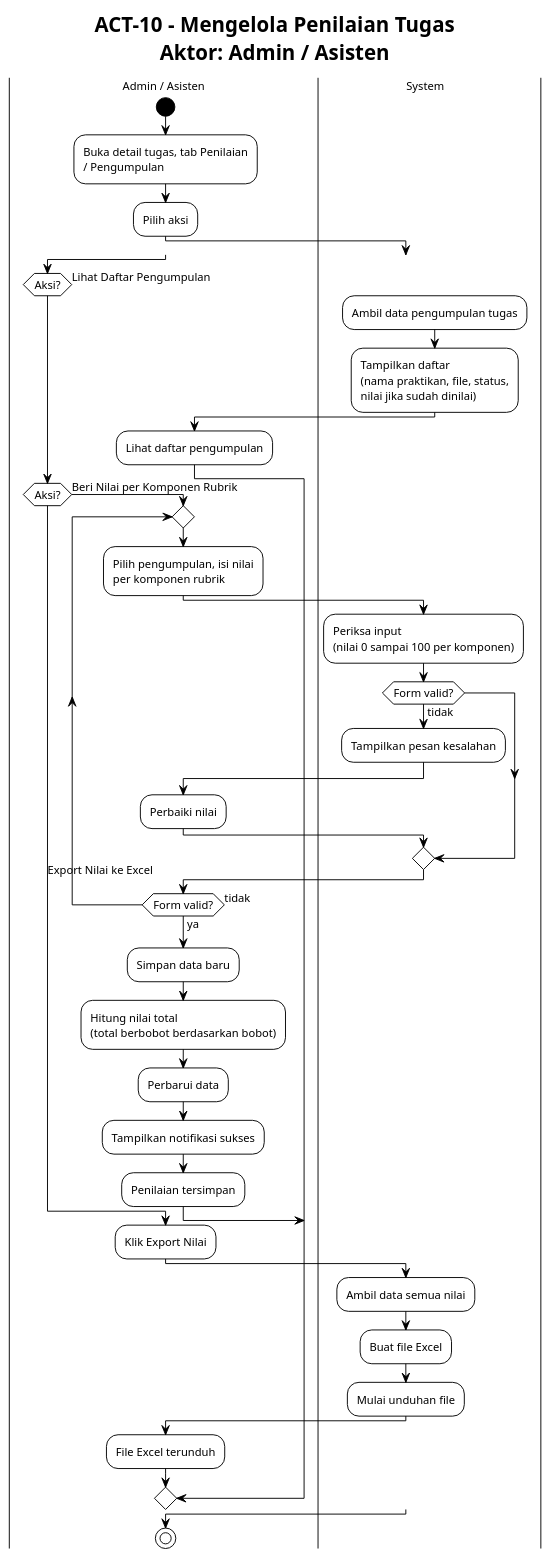
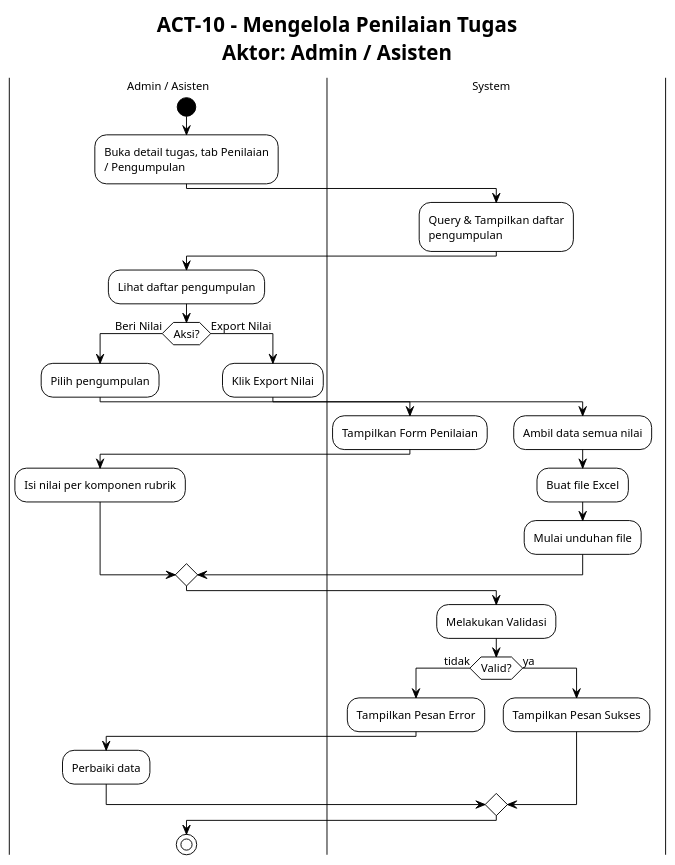
The diagram in docs/praktikum/activity/ACT_10_MENGELOLA_PENILAIAN.puml (Habiboys/SILAB-DSI), drawn with PlantUML before and after one commit. The commit also changed 170 other files, not shown here.

```diff
--- a/docs/praktikum/activity/ACT_10_MENGELOLA_PENILAIAN.puml
+++ b/docs/praktikum/activity/ACT_10_MENGELOLA_PENILAIAN.puml
@@ -1,59 +1,52 @@
 @startuml ACT_10_MENGELOLA_PENILAIAN
 !theme plain
 !pragma useVerticalIf on
 scale max 1600 width
 skinparam wrapWidth 200
 skinparam defaultFontSize 12
-skinparam swimlaneWidth 220
+skinparam swimlaneWidth 260
 skinparam ActivityStartColor black
 skinparam ActivityEndColor black
 title ACT-10 - Mengelola Penilaian Tugas\nAktor: Admin / Asisten
 
 |Admin / Asisten|
 |System|
 
 |Admin / Asisten|
 start
 :Buka detail tugas, tab Penilaian\n/ Pengumpulan;
-:Pilih aksi;
+|System|
+:Query & Tampilkan daftar pengumpulan;
+|Admin / Asisten|
+:Lihat daftar pengumpulan;
 
-if (Aksi?) then (Lihat Daftar Pengumpulan)
+if (Aksi?) then (Beri Nilai)
+  :Pilih pengumpulan;
   |System|
-  :Ambil data pengumpulan tugas;
-  :Tampilkan daftar\n(nama praktikan, file, status,\nnilai jika sudah dinilai);
+  :Tampilkan Form Penilaian;
   |Admin / Asisten|
-  :Lihat daftar pengumpulan;
+  :Isi nilai per komponen rubrik;
 
-elseif (Aksi?) then (Beri Nilai per Komponen Rubrik)
-  |Admin / Asisten|
-  repeat
-    :Pilih pengumpulan, isi nilai\nper komponen rubrik;
-    |System|
-    :Periksa input\n(nilai 0 sampai 100 per komponen);
-    if (Form valid?) then (tidak)
-      :Tampilkan pesan kesalahan;
-      |Admin / Asisten|
-      :Perbaiki nilai;
-    endif
-  repeat while (Form valid?) is (tidak) not (ya)
-  :Simpan data baru;
-  :Hitung nilai total\n(total berbobot berdasarkan bobot);
-  :Perbarui data;
-  :Tampilkan notifikasi sukses;
-  |Admin / Asisten|
-  :Penilaian tersimpan;
-
-else (Export Nilai ke Excel)
-  |Admin / Asisten|
+else (Export Nilai)
   :Klik Export Nilai;
   |System|
   :Ambil data semua nilai;
   :Buat file Excel;
   :Mulai unduhan file;
   |Admin / Asisten|
-  :File Excel terunduh;
+endif
 
+|System|
+:Melakukan Validasi;
+if (Valid?) then (tidak)
+  :Tampilkan Pesan Error;
+  |Admin / Asisten|
+  :Perbaiki data;
+  |System|
+else (ya)
+  :Tampilkan Pesan Sukses;
+  |Admin / Asisten|
 endif
 
 stop
 @enduml
```
